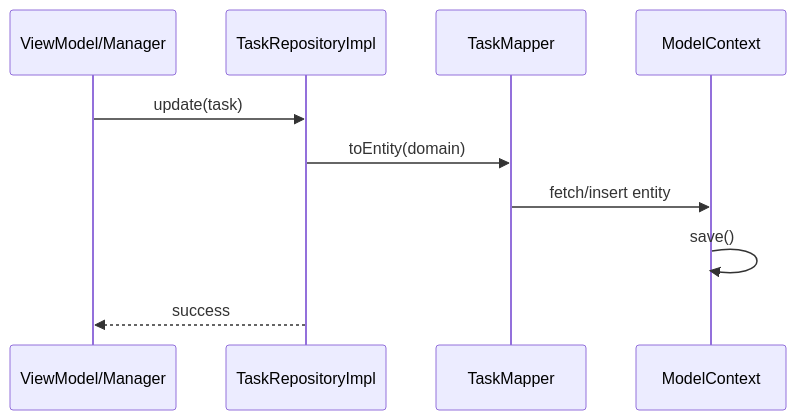
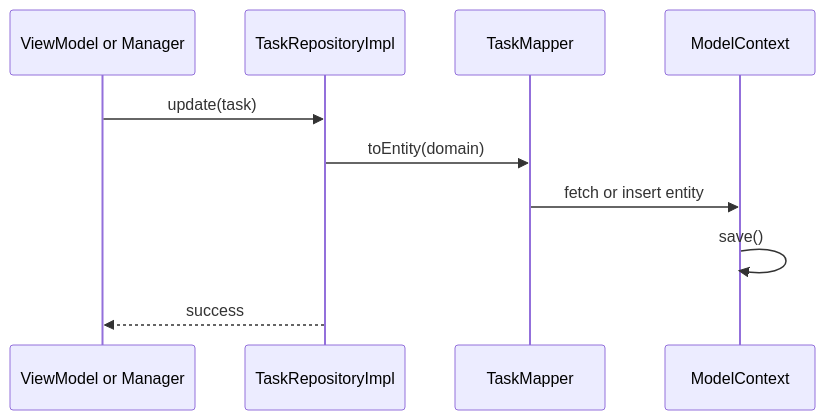
One commit to nguyenquanghuy22041990/FocusUp changed the fourth of 4 diagrams in docs/interview-guide/06-persistence.md. Above: the diagram before and after it, drawn with Mermaid. The commit also changed other lines of this file and 30 other files, not shown here.

````diff
--- a/docs/interview-guide/06-persistence.md
+++ b/docs/interview-guide/06-persistence.md
@@ -177,13 +177,13 @@
 ```mermaid
 sequenceDiagram
-    participant VM as ViewModel/Manager
+    participant VM as ViewModel or Manager
     participant R as TaskRepositoryImpl
     participant M as TaskMapper
     participant C as ModelContext
 
     VM->>R: update(task)
     R->>M: toEntity(domain)
-    M->>C: fetch/insert entity
+    M->>C: fetch or insert entity
     C->>C: save()
     R-->>VM: success
 ```
````
